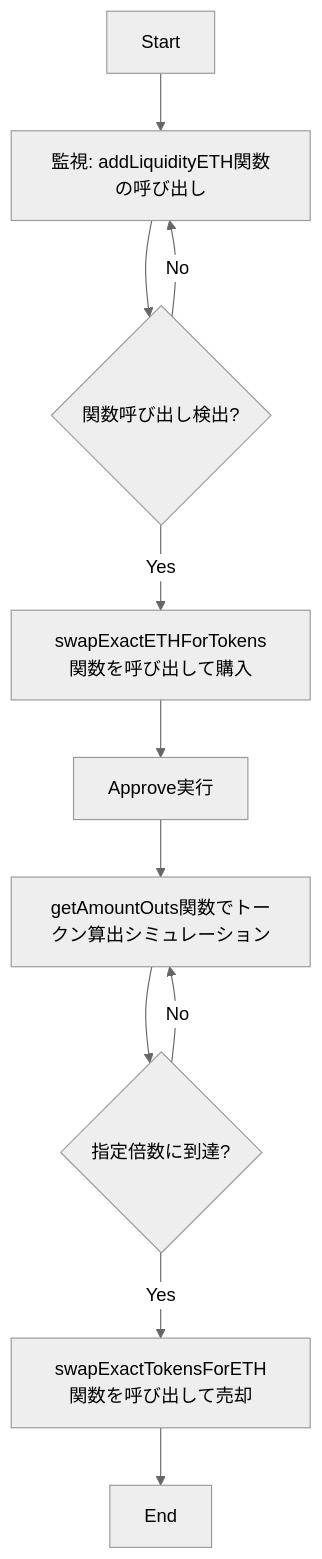
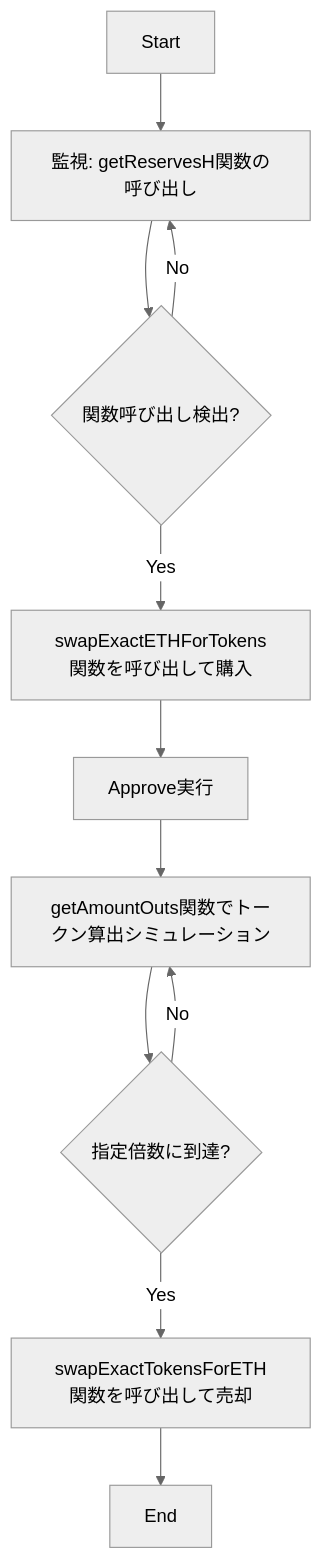
Before and after one commit to yblockcha1n/UniswapV2-Sniper: the diagram in README.md, drawn with Mermaid (neutral theme).

````diff
--- a/README.md
+++ b/README.md
@@ -7,13 +7,13 @@
 ```mermaid
 graph TD
-    A[Start] --> B[監視: addLiquidityETH関数の呼び出し]
+    A[Start] --> B[監視: getReservesH関数の呼び出し]
     B --> C{関数呼び出し検出?}
     C -->|Yes| D[swapExactETHForTokens関数を呼び出して購入]
     C -->|No| B
     D --> E[Approve実行]
     E --> F[getAmountOuts関数でトークン算出シミュレーション]
     F --> G{指定倍数に到達?}
     G -->|No| F
     G -->|Yes| H[swapExactTokensForETH関数を呼び出して売却]
     H --> I[End]
 ```
````
